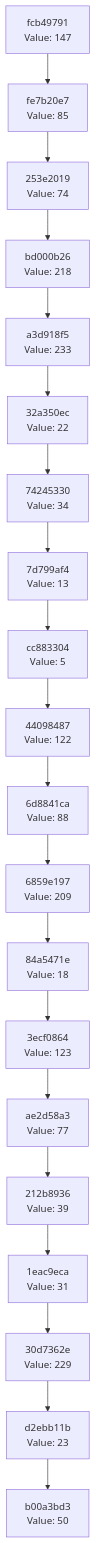
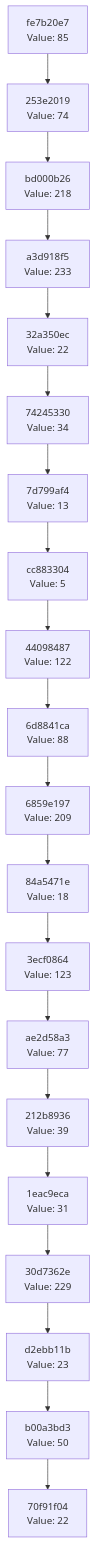
Before and after one commit to Abhisheksinha1506/hash-chain-evolver: the diagram in docs/CHAIN_VISUALIZATION.md, drawn with Mermaid. The commit also changed 3 other files, not shown here.

````diff
--- a/docs/CHAIN_VISUALIZATION.md
+++ b/docs/CHAIN_VISUALIZATION.md
@@ -3,42 +3,42 @@
 ```mermaid
 graph TD
-    C0["b00a3bd3<br/>Value: 50"]
-    C1["d2ebb11b<br/>Value: 23"]
+    C0["70f91f04<br/>Value: 22"]
+    C1["b00a3bd3<br/>Value: 50"]
     C1 --> C0
-    C2["30d7362e<br/>Value: 229"]
+    C2["d2ebb11b<br/>Value: 23"]
     C2 --> C1
-    C3["1eac9eca<br/>Value: 31"]
+    C3["30d7362e<br/>Value: 229"]
     C3 --> C2
-    C4["212b8936<br/>Value: 39"]
+    C4["1eac9eca<br/>Value: 31"]
     C4 --> C3
-    C5["ae2d58a3<br/>Value: 77"]
+    C5["212b8936<br/>Value: 39"]
     C5 --> C4
-    C6["3ecf0864<br/>Value: 123"]
+    C6["ae2d58a3<br/>Value: 77"]
     C6 --> C5
-    C7["84a5471e<br/>Value: 18"]
+    C7["3ecf0864<br/>Value: 123"]
     C7 --> C6
-    C8["6859e197<br/>Value: 209"]
+    C8["84a5471e<br/>Value: 18"]
     C8 --> C7
-    C9["6d8841ca<br/>Value: 88"]
+    C9["6859e197<br/>Value: 209"]
     C9 --> C8
-    C10["44098487<br/>Value: 122"]
+    C10["6d8841ca<br/>Value: 88"]
     C10 --> C9
-    C11["cc883304<br/>Value: 5"]
+    C11["44098487<br/>Value: 122"]
     C11 --> C10
-    C12["7d799af4<br/>Value: 13"]
+    C12["cc883304<br/>Value: 5"]
     C12 --> C11
-    C13["74245330<br/>Value: 34"]
+    C13["7d799af4<br/>Value: 13"]
     C13 --> C12
-    C14["32a350ec<br/>Value: 22"]
+    C14["74245330<br/>Value: 34"]
     C14 --> C13
-    C15["a3d918f5<br/>Value: 233"]
+    C15["32a350ec<br/>Value: 22"]
     C15 --> C14
-    C16["bd000b26<br/>Value: 218"]
+    C16["a3d918f5<br/>Value: 233"]
     C16 --> C15
-    C17["253e2019<br/>Value: 74"]
+    C17["bd000b26<br/>Value: 218"]
     C17 --> C16
-    C18["fe7b20e7<br/>Value: 85"]
+    C18["253e2019<br/>Value: 74"]
     C18 --> C17
-    C19["fcb49791<br/>Value: 147"]
+    C19["fe7b20e7<br/>Value: 85"]
     C19 --> C18
 ```
````
